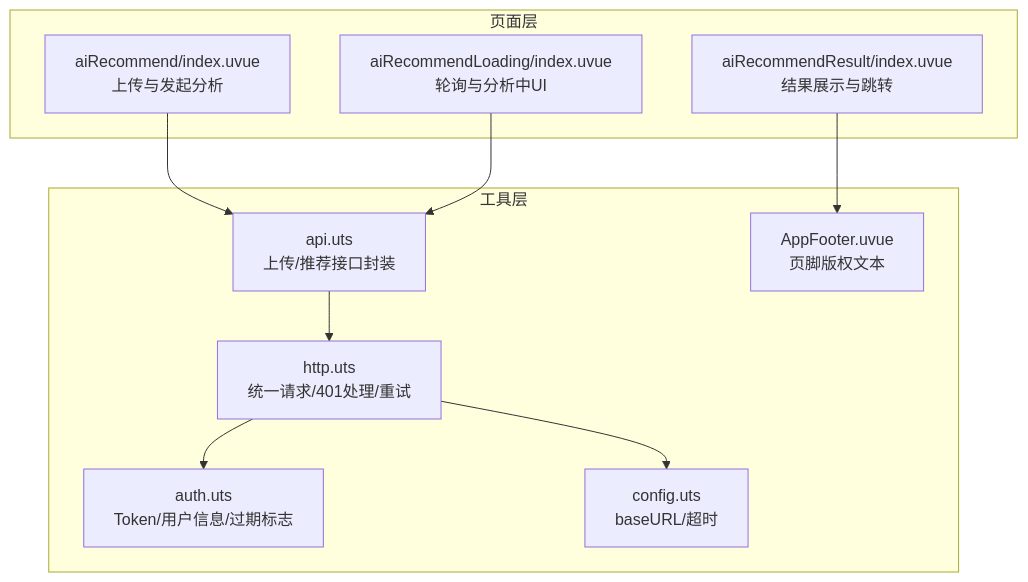
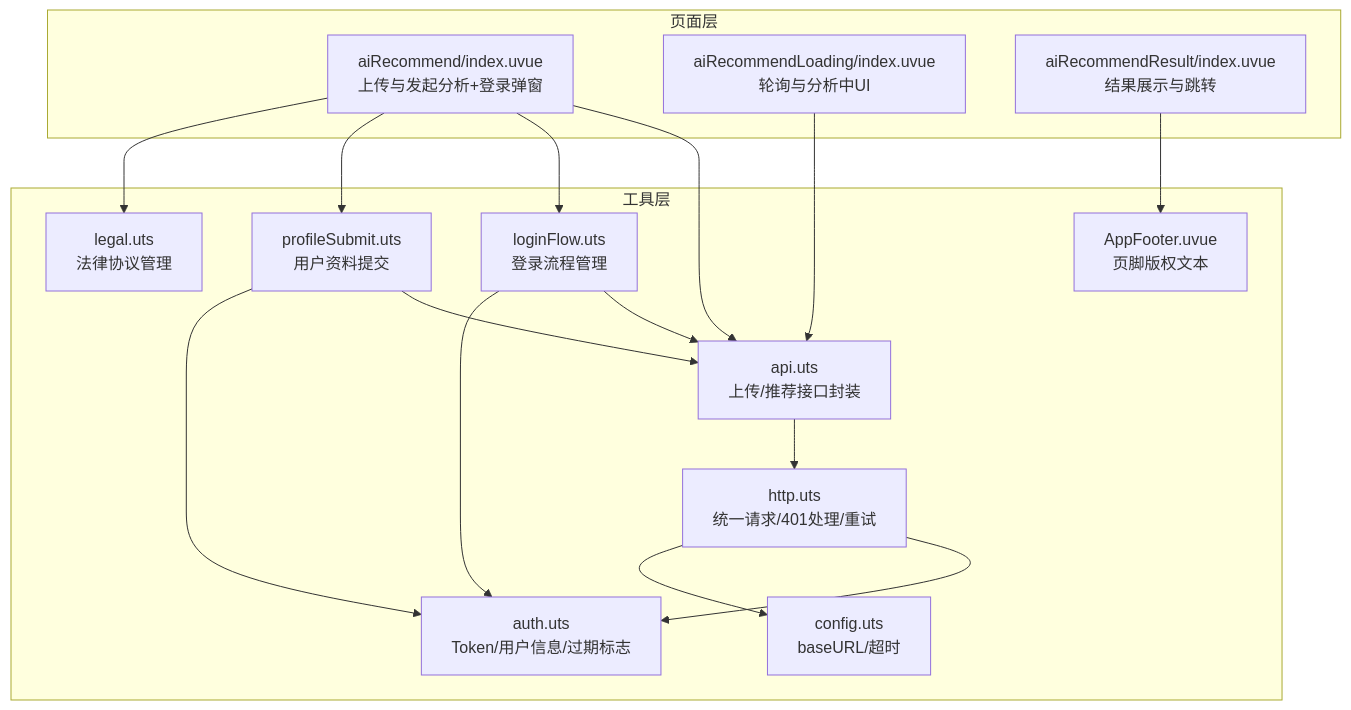
The first of 3 diagrams in .qoder/repowiki/zh/content/核心功能模块/AI服装推荐功能.md (crazyma99/blueberry), drawn with Mermaid before and after one commit. The commit also changed other lines of this file and 6 other files, not shown here.

````diff
--- a/.qoder/repowiki/zh/content/核心功能模块/AI服装推荐功能.md
+++ b/.qoder/repowiki/zh/content/核心功能模块/AI服装推荐功能.md
@@ -36,21 +47,31 @@
 ```mermaid
 graph TB
 subgraph "页面层"
-A["aiRecommend/index.uvue<br/>上传与发起分析"]
+A["aiRecommend/index.uvue<br/>上传与发起分析+登录弹窗"]
 B["aiRecommendLoading/index.uvue<br/>轮询与分析中UI"]
 C["aiRecommendResult/index.uvue<br/>结果展示与跳转"]
 end
 subgraph "工具层"
 D["api.uts<br/>上传/推荐接口封装"]
 E["http.uts<br/>统一请求/401处理/重试"]
 F["auth.uts<br/>Token/用户信息/过期标志"]
 G["config.uts<br/>baseURL/超时"]
-H["AppFooter.uvue<br/>页脚版权文本"]
+H["loginFlow.uts<br/>登录流程管理"]
+I["profileSubmit.uts<br/>用户资料提交"]
+J["legal.uts<br/>法律协议管理"]
+K["AppFooter.uvue<br/>页脚版权文本"]
 end
 A --> D
+A --> H
+A --> I
+A --> J
 B --> D
-C --> H
+C --> K
 D --> E
 E --> F
 E --> G
+H --> D
+H --> F
+I --> D
+I --> F
 ```
````
